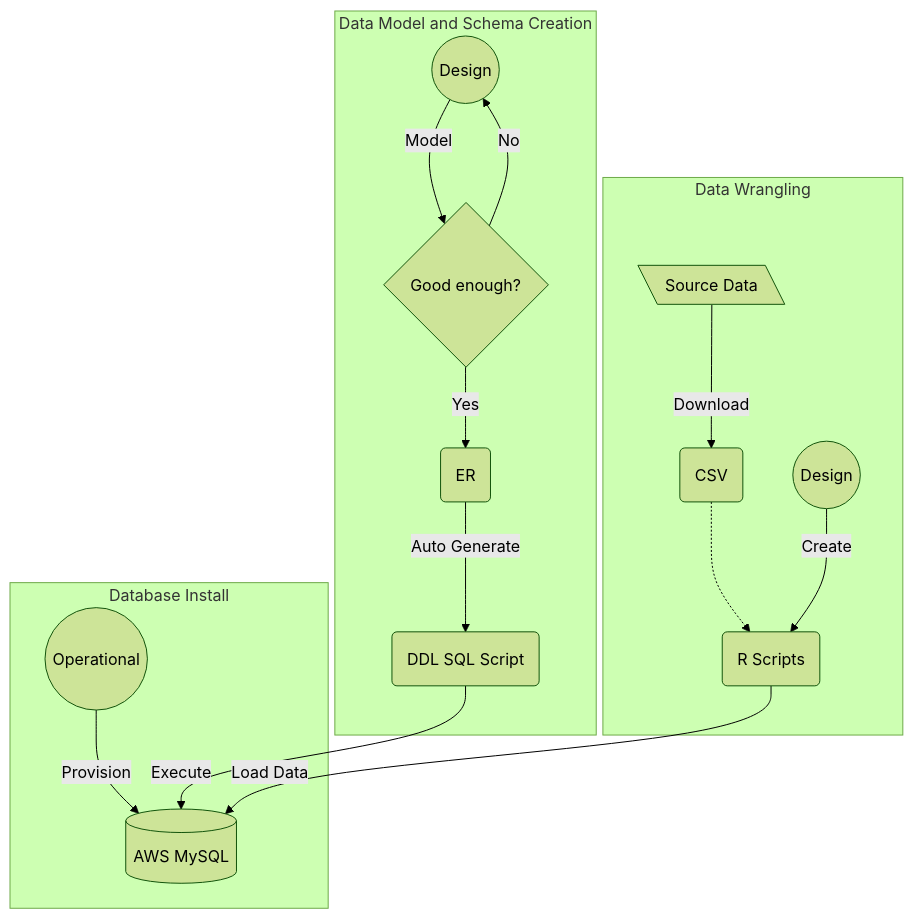
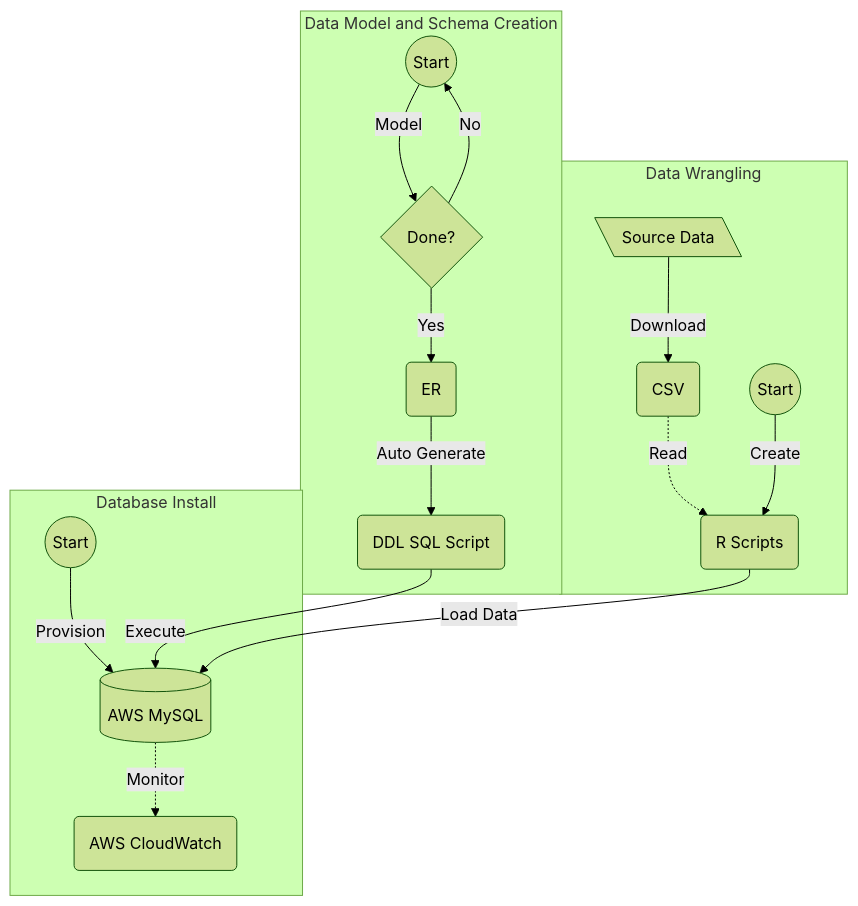
Before and after one commit to himalayahall/DATA607-PROJECT3: the diagram in Presentation.md, drawn with Mermaid (forest theme).

````diff
--- a/Presentation.md
+++ b/Presentation.md
@@ -43,36 +43,38 @@
 ```mermaid
 flowchart TD;
     
     subgraph Database Install
     
-        id1((Operational))-- Provision -->id2[(AWS MySQL)]
+        id1((Start))-- Provision -->id2[(AWS MySQL)]
+        
+        id2-. Monitor .->id3(AWS CloudWatch)
     
     end
     
     subgraph Data Model and Schema Creation
     
-        id10((Design))-- Model -->id20{Good enough?}
+        id10((Start))-- Model -->id20{Done?}
     
         id20-- Yes -->id30(ER)
     
         id20-- No -->id10
     
         id30-- Auto Generate -->id40(DDL SQL Script)
     
         id40-- Execute -->id2
 
     end
     
     subgraph Data Wrangling  
 
         id6[\Source Data\]-- Download-->id7(CSV)
 
-        id7-.->id110
+        id7-. Read .->id110
         
-        id100((Design))-- Create -->id110(R Scripts)
+        id100((Start))-- Create -->id110(R Scripts)
         
         id110-- Load Data --> id2
         
       end
 
 ```
````
